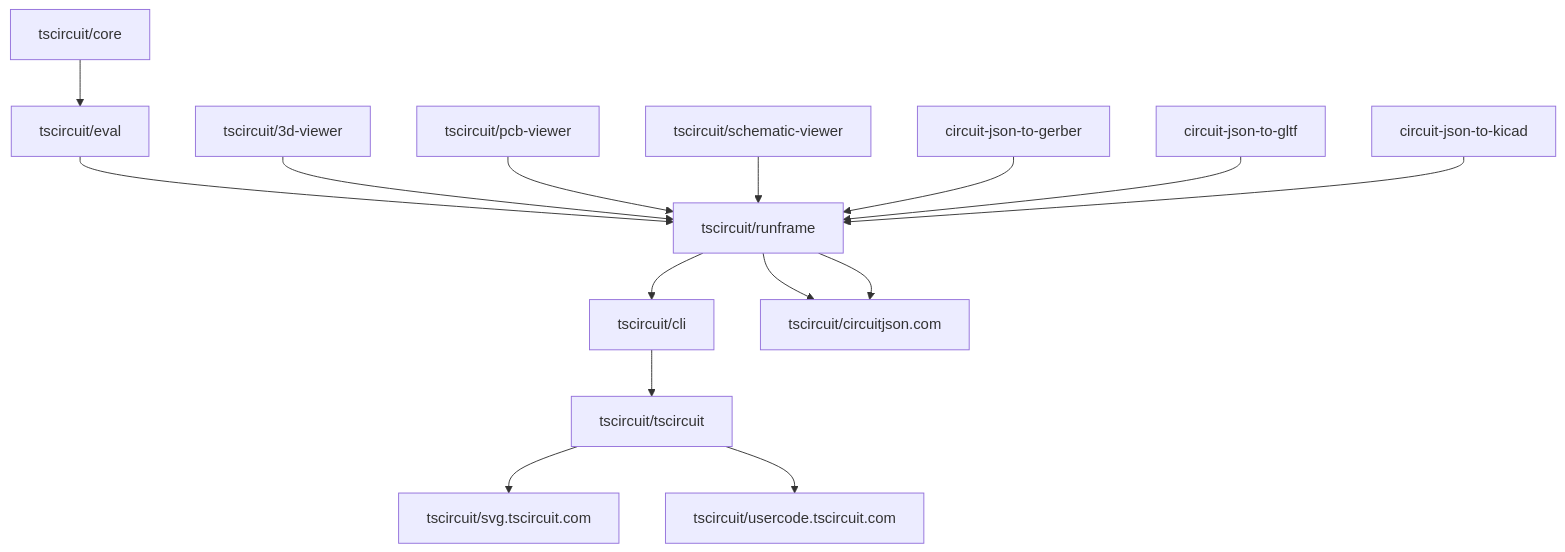
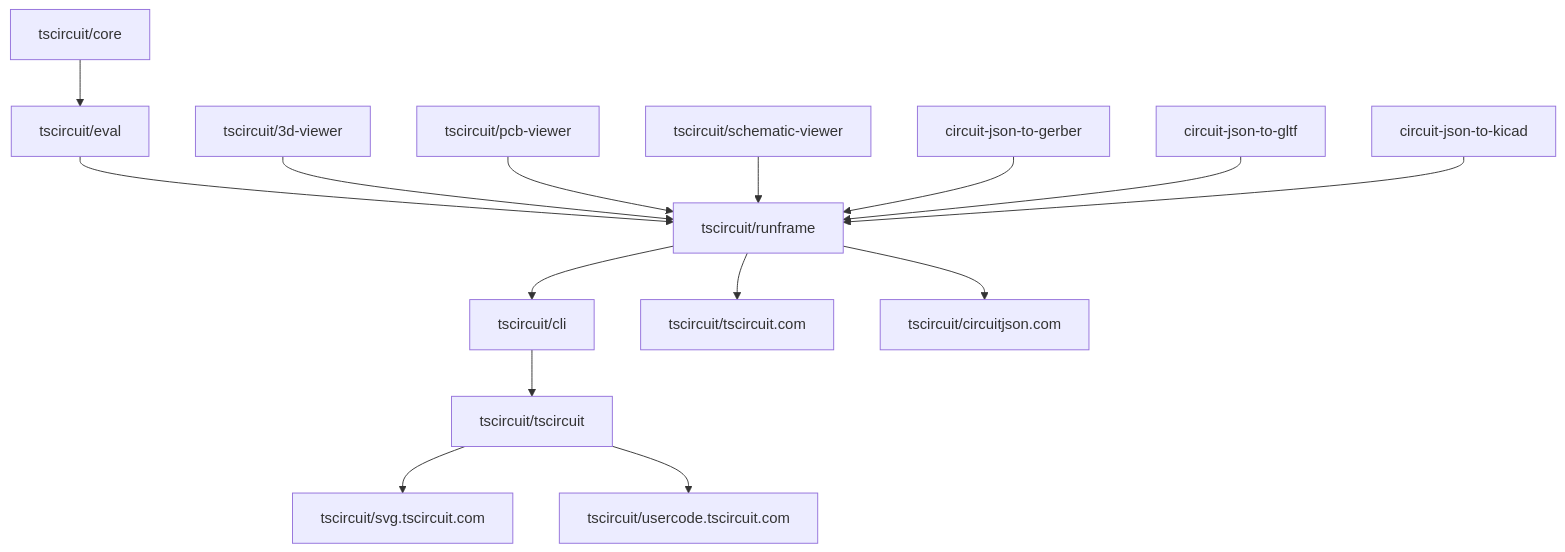
Before and after one commit to tscircuit/docs: the diagram in docs/contributing/package-dependencies-and-auto-updates.mdx, drawn with Mermaid.

````diff
--- a/docs/contributing/package-dependencies-and-auto-updates.mdx
+++ b/docs/contributing/package-dependencies-and-auto-updates.mdx
@@ -14,43 +14,43 @@
 ```mermaid
 flowchart TD
 
     %% Core to Eval
     core[tscircuit/core] --> eval[tscircuit/eval]
 
     %% Eval to Runframe
     eval --> runframe[tscircuit/runframe]
 
     %% 3D Viewer to Runframe
     viewer3d[tscircuit/3d-viewer] --> runframe
 
     %% PCB Viewer to Runframe
     pcbviewer[tscircuit/pcb-viewer] --> runframe
 
     %% Schematic Viewer to Runframe
     schemaviewer[tscircuit/schematic-viewer] --> runframe
 
     %% Circuit JSON to Gerber to Runframe
     circuitjsontogerber[circuit-json-to-gerber] --> runframe
 
     %% Circuit JSON to GLTF to Runframe
     circuitjsontogltf[circuit-json-to-gltf] --> runframe
 
     %% Circuit JSON to KiCad to Runframe
     circuitjsontokicad[circuit-json-to-kicad] --> runframe
 
     %% Runframe to CLI
     runframe --> cli[tscircuit/cli]
 
     %% Runframe to tscircuit.com
     runframe --> tscircuitcom[tscircuit/tscircuit.com]
 
     %% Runframe to circuitjson.com
-    runframe --> tscircuitcom[tscircuit/circuitjson.com]
+    runframe --> circuitjsoncom[tscircuit/circuitjson.com]
     
     %% CLI to Tscircuit
     cli --> tscircuit[tscircuit/tscircuit]
 
     %% Tscircuit to web services
     tscircuit --> svg[tscircuit/svg.tscircuit.com]
     tscircuit --> usercode[tscircuit/usercode.tscircuit.com]
 ```
````
